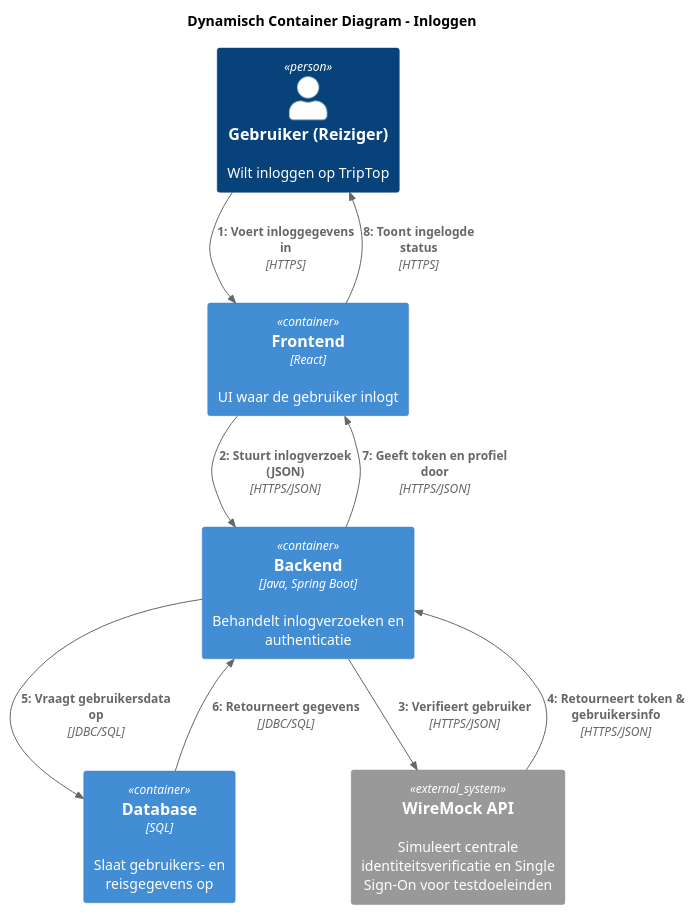
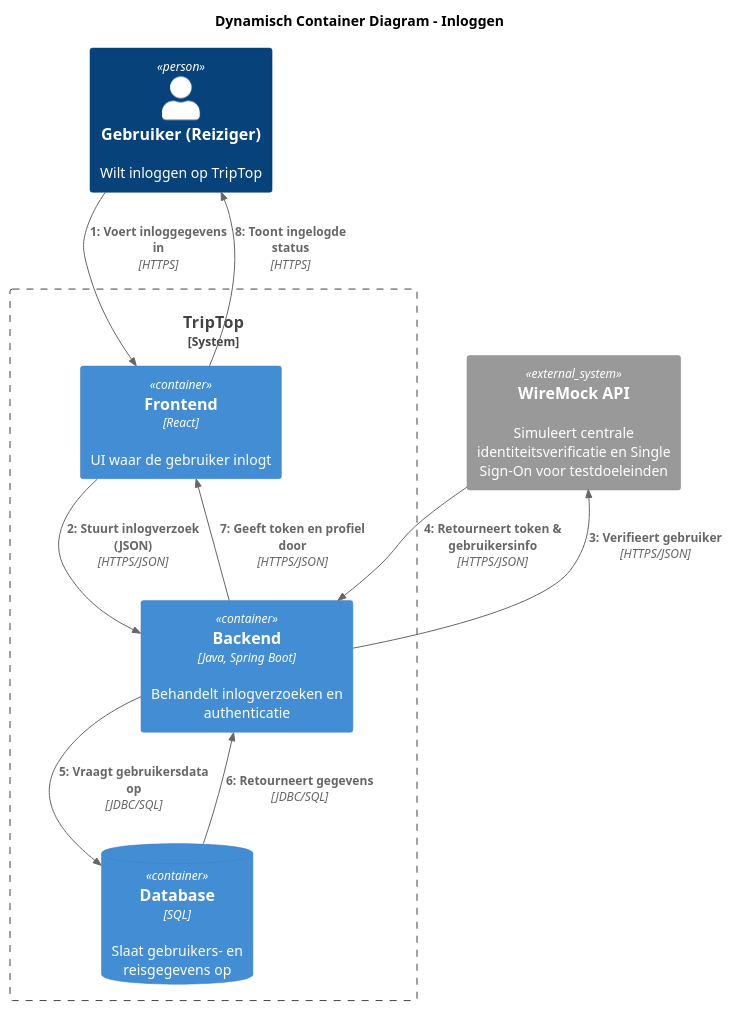
One commit to AIM-ENE-feb25/triptop-asas changed the diagram in software-guidebook/dynamisch-container-diagrammen/inlog-container-diagram.puml. Above: the diagram before and after it, drawn with PlantUML. The commit also changed 7 other files, not shown here.

```diff
--- a/software-guidebook/dynamisch-container-diagrammen/inlog-container-diagram.puml
+++ b/software-guidebook/dynamisch-container-diagrammen/inlog-container-diagram.puml
@@ -1,20 +1,23 @@
 @startuml Inloggen
 !include https://raw.githubusercontent.com/plantuml-stdlib/C4-PlantUML/master/C4_Dynamic.puml
 title Dynamisch Container Diagram – Inloggen
 
 Person(user, "Gebruiker (Reiziger)", "Wilt inloggen op TripTop")
+
+System_Boundary(triptop, "TripTop") {
 Container(frontend, "Frontend", "React", "UI waar de gebruiker inlogt")
 Container(backend, "Backend", "Java, Spring Boot", "Behandelt inlogverzoeken en authenticatie")
-Container(db, "Database", "SQL", "Slaat gebruikers- en reisgegevens op")
+ContainerDb(db, "Database", "SQL", "Slaat gebruikers- en reisgegevens op")
+}
 System_Ext(identity, "WireMock API", "Simuleert centrale identiteitsverificatie en Single Sign-On voor testdoeleinden")
 
 Rel(user, frontend, "Voert inloggegevens in", "HTTPS")
 Rel(frontend, backend, "Stuurt inlogverzoek (JSON)", "HTTPS/JSON")
 Rel(backend, identity, "Verifieert gebruiker", "HTTPS/JSON")
 Rel(identity, backend, "Retourneert token & gebruikersinfo", "HTTPS/JSON")
 Rel(backend, db, "Vraagt gebruikersdata op", "JDBC/SQL")
 Rel(db, backend, "Retourneert gegevens", "JDBC/SQL")
 Rel(backend, frontend, "Geeft token en profiel door", "HTTPS/JSON")
 Rel(frontend, user, "Toont ingelogde status", "HTTPS")
 
 @enduml
```
